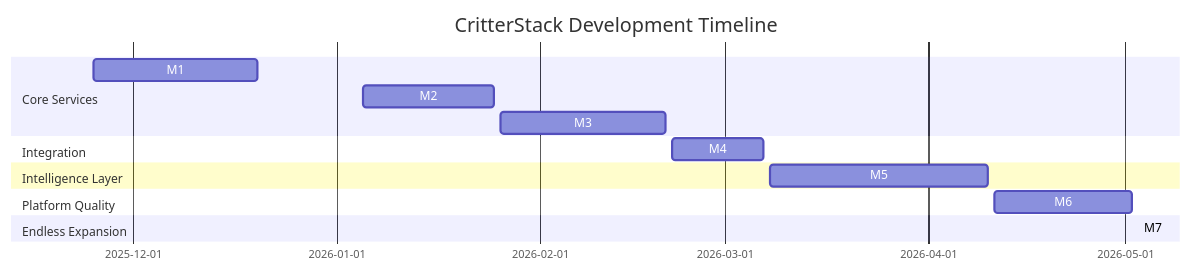
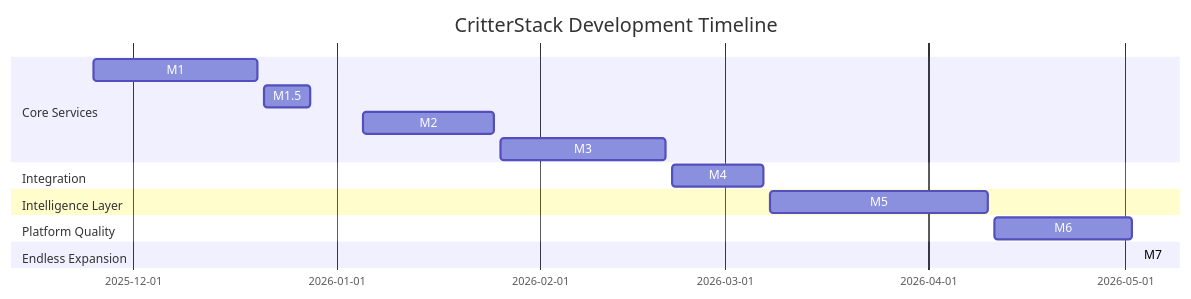
One commit to ElleWhitePB/CritterStack changed the second of 2 diagrams in README.md. Above: the diagram before and after it, drawn with Mermaid. The commit also changed other lines of this file, not shown here.

````diff
--- a/README.md
+++ b/README.md
@@ -534,22 +558,23 @@
 ```mermaid
 gantt
     title CritterStack Development Timeline
     dateFormat  YYYY-MM-DD
 
     section Core Services
     M1: Creature Service MVP     :m1, 2025-11-25, 2025-12-20
+    M1.5: CI Baseline            :m15, 2025-12-21, 2025-12-28
     M2: Biome Service MVP        :m2, 2026-01-05, 2026-01-25
     M3: Event Service MVP        :m3, 2026-01-26, 2026-02-20
 
     section Integration
     M4: API Gateway MVP          :m4, 2026-02-21, 2026-03-07
 
     section Intelligence Layer
     M5: Evolution Engine         :m5, 2026-03-08, 2026-04-10
 
     section Platform Quality
     M6: Observability & CI       :m6, 2026-04-11, 2026-05-02
 
     section Endless Expansion
     M7: Optional Fun Zone        :m7, 2026-05-03, 2026-06-31
 ```
````
